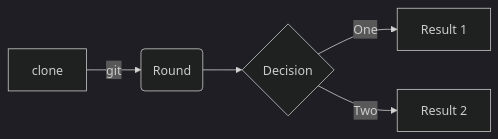
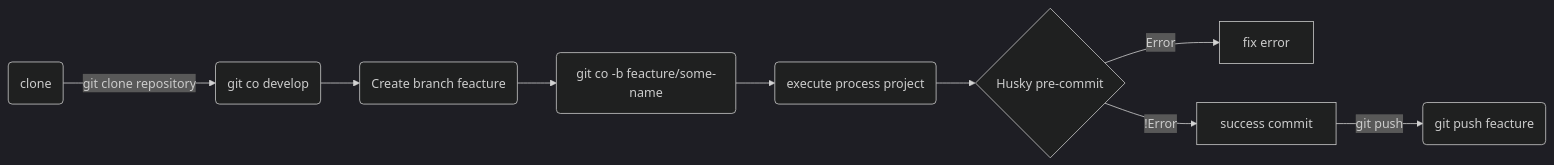
Before and after one commit to CarlosArgelio/project-community-02: the diagram in README.md, drawn with Mermaid (dark theme).

Commit message:
docs: add diagram

````diff
--- a/README.md
+++ b/README.md
@@ -28,7 +28,15 @@
 ```mermaid
 flowchart LR
-    A[clone] -->|git| B(Round)
-    B --> C{Decision}
-    C -->|One| D[Result 1]
-    C -->|Two| E[Result 2]
+    A(clone) -->|git clone repository| B(git co develop)
+    B --> C(Create branch feacture)
+    C --> D(git co -b feacture/some-name)
+    D --> E(execute process project)
+
+
+    E --> F{Husky pre-commit}
+    F -->|Error| G[fix error]
+    F -->|!Error| H[success commit]
+
+
+    H -->|git push| i(git push feacture)
 ```
````
